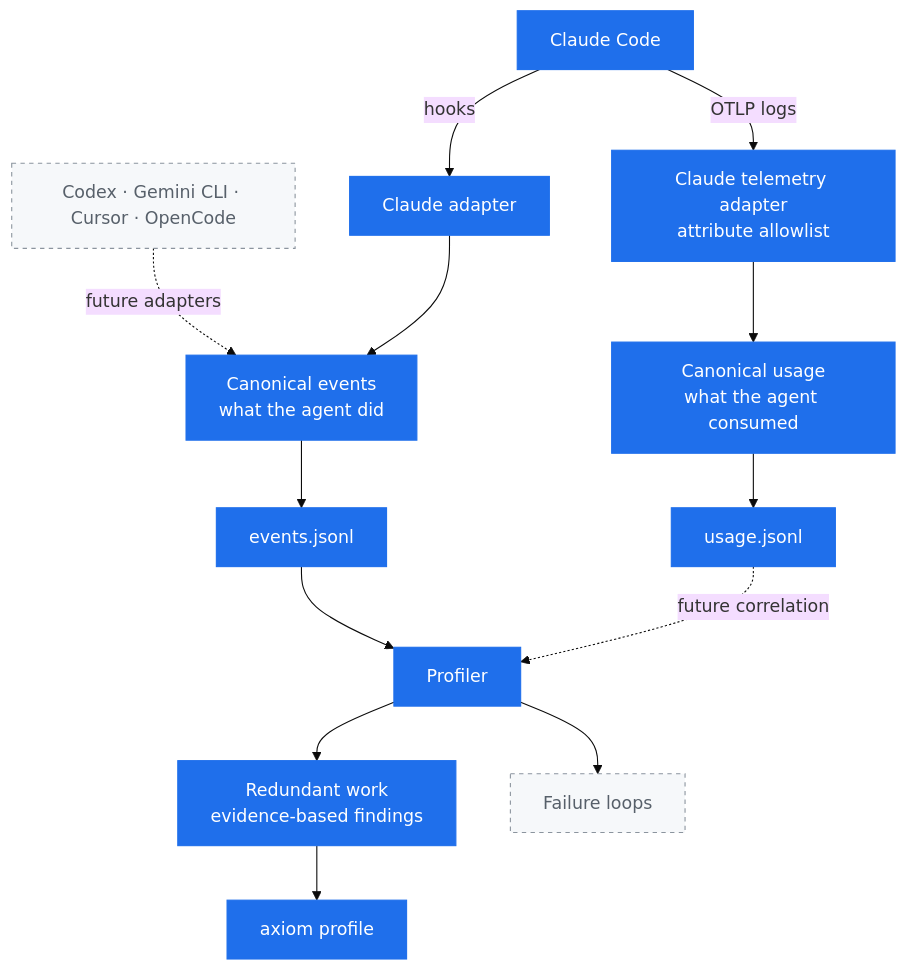
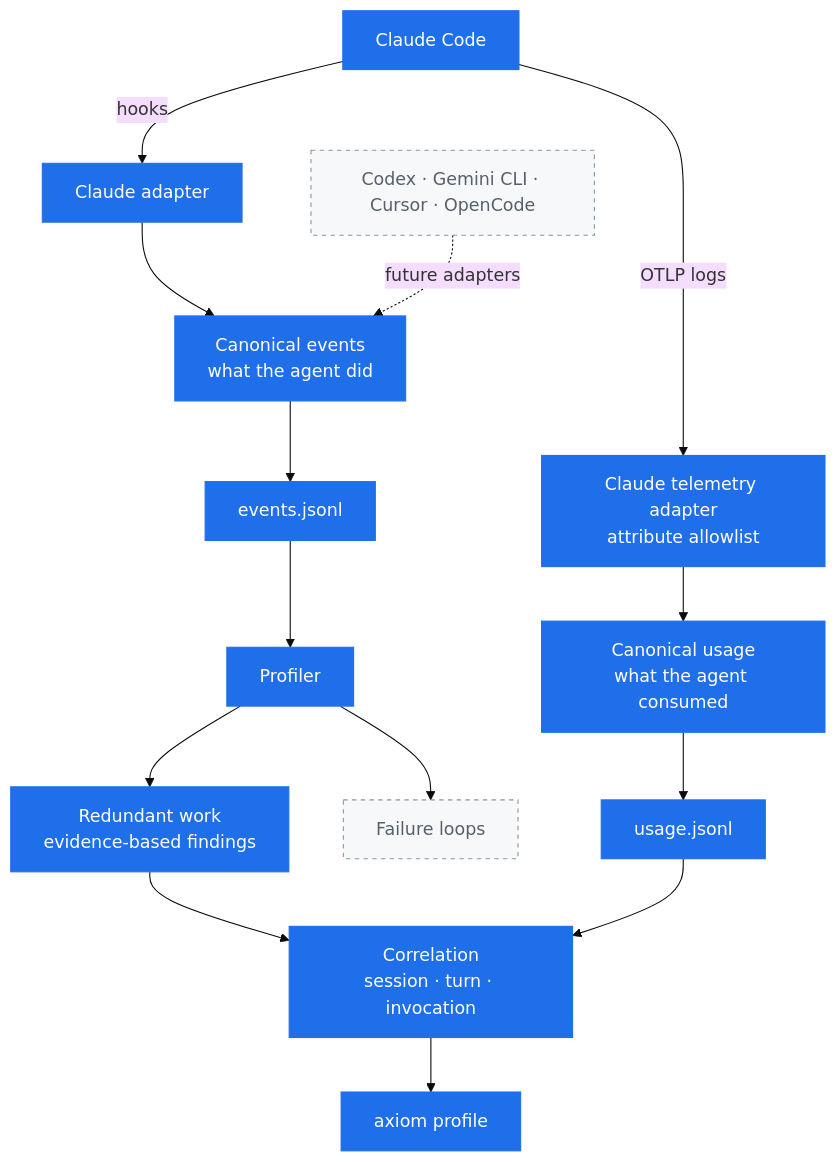
Before and after one commit to exequieldeferrari/axiom: the first of 2 diagrams in README.md, drawn with Mermaid (base theme). The commit also changed other lines of this file and 8 other files, not shown here.

Commit message:
feat: correlate redundant work with measured tool impact

````diff
--- a/README.md
+++ b/README.md
@@ -56,22 +56,23 @@
 ```mermaid
 flowchart TD
     Claude["Claude Code"] -->|hooks| Adapter["Claude adapter"]
     Claude -->|OTLP logs| Telemetry["Claude telemetry adapter<br/>attribute allowlist"]
     Future["Codex · Gemini CLI · Cursor · OpenCode"] -.->|future adapters| Events
 
     Adapter --> Events["Canonical events<br/>what the agent did"]
     Telemetry --> Usage["Canonical usage<br/>what the agent consumed"]
     Events --> EventLog["events.jsonl"]
     Usage --> UsageLog["usage.jsonl"]
 
     EventLog --> Profiler["Profiler"]
-    UsageLog -.->|future correlation| Profiler
     Profiler --> Redundant["Redundant work<br/>evidence-based findings"]
     Profiler --> Loops["Failure loops"]
-    Redundant --> CLI["axiom profile"]
+    Redundant --> Correlate["Correlation<br/>session · turn · invocation"]
+    UsageLog --> Correlate
+    Correlate --> CLI["axiom profile"]
 
     classDef built fill:#1f6feb,stroke:#1f6feb,color:#ffffff
     classDef planned fill:#f6f8fa,stroke:#8b949e,color:#57606a,stroke-dasharray:4 4
-    class Claude,Adapter,Telemetry,Events,Usage,EventLog,UsageLog,Profiler,Redundant,CLI built
+    class Claude,Adapter,Telemetry,Events,Usage,EventLog,UsageLog,Profiler,Redundant,Correlate,CLI built
     class Future,Loops planned
 ```
````
